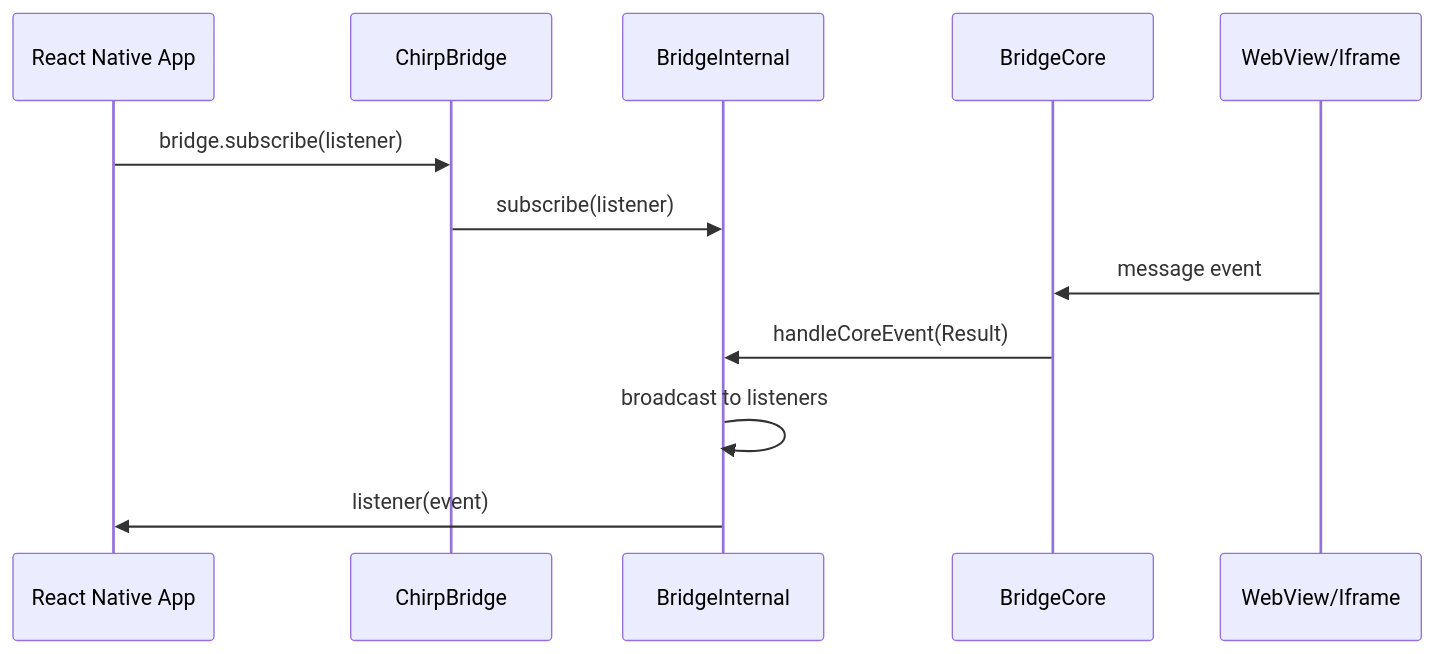
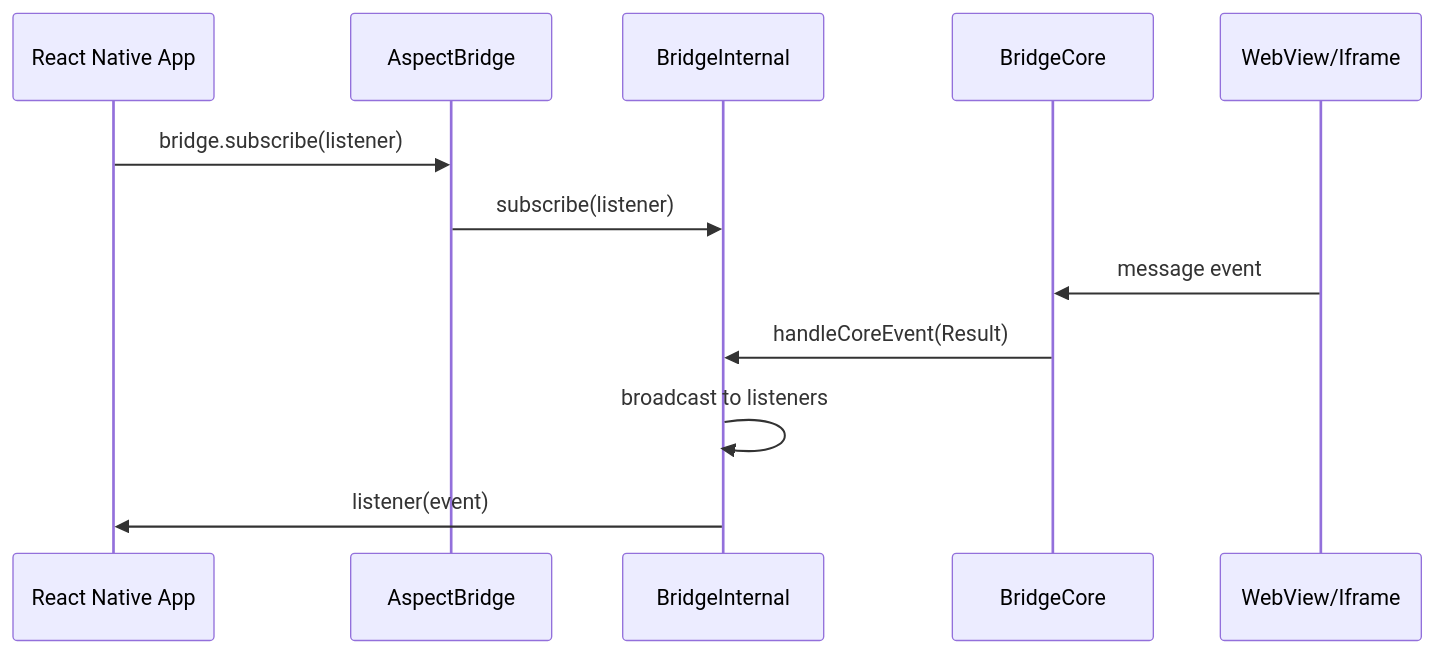
Before and after one commit to JeanIsahakyan/chirp: the third of 3 diagrams in docs/ARCHITECTURE.md, drawn with Mermaid. The commit also changed other lines of this file and 42 other files, not shown here.

First line of the commit message:
feat: rename Chirp to Aspect and add comprehensive testing + CI/CD

````diff
--- a/docs/ARCHITECTURE.md
+++ b/docs/ARCHITECTURE.md
@@ -203,16 +203,16 @@
 ```mermaid
 sequenceDiagram
     participant App as React Native App
-    participant Bridge as ChirpBridge
+    participant Bridge as AspectBridge
     participant Internal as BridgeInternal
     participant Core as BridgeCore
     participant Web as WebView/Iframe
 
     App->>Bridge: bridge.subscribe(listener)
     Bridge->>Internal: subscribe(listener)
     
     Web->>Core: message event
     Core->>Internal: handleCoreEvent(Result)
     Internal->>Internal: broadcast to listeners
     Internal->>App: listener(event)
 ```
````
